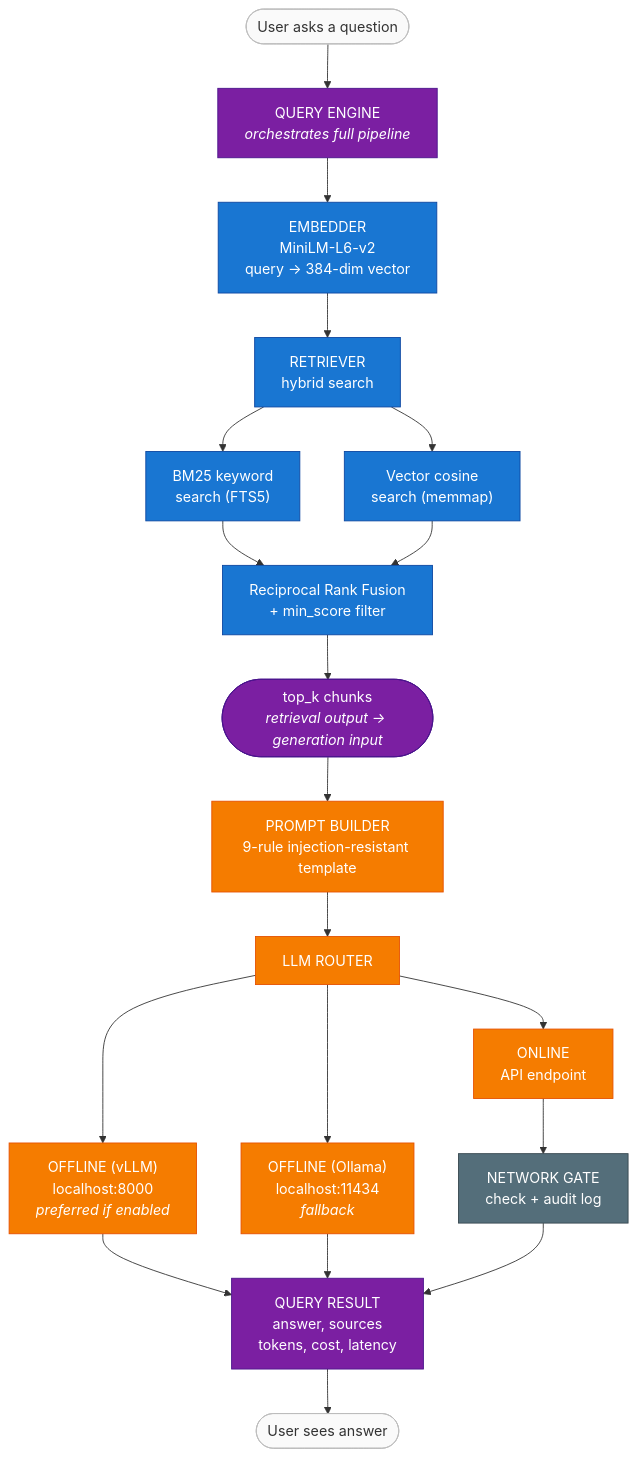
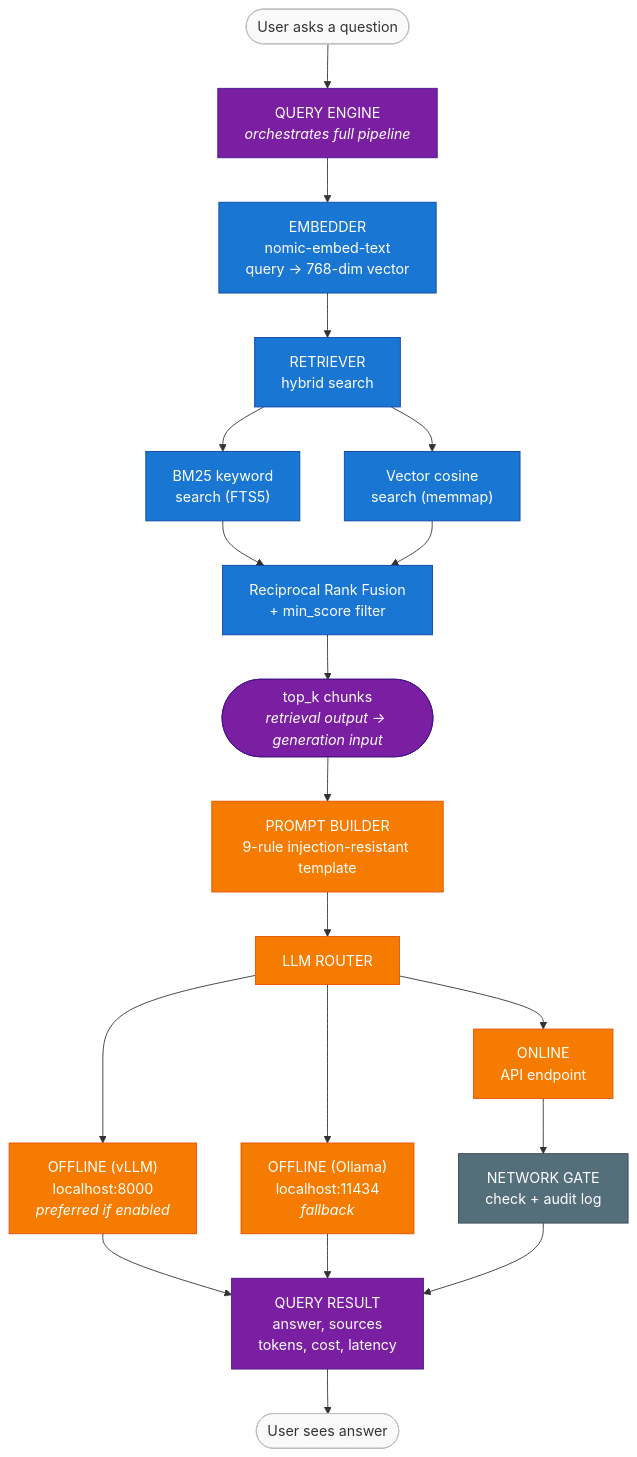
One commit to jeremysmission/HybridRAG3 changed the first of 3 diagrams in docs/02_architecture/ARCHITECTURE_DIAGRAM.md. Above: the diagram before and after it, drawn with Mermaid. The commit also changed other lines of this file and 2 other files, not shown here.

````diff
--- a/docs/02_architecture/ARCHITECTURE_DIAGRAM.md
+++ b/docs/02_architecture/ARCHITECTURE_DIAGRAM.md
@@ -65,43 +65,43 @@
 ```mermaid
 flowchart TD
     Q(["User asks a question"]):::user
 
     Q --> QE["QUERY ENGINE<br/><i>orchestrates full pipeline</i>"]:::handoff
 
     %% ── Retrieval phase (blue) ──────────────────────
-    QE --> EMB["EMBEDDER<br/>MiniLM-L6-v2<br/>query → 384-dim vector"]:::retrieval
+    QE --> EMB["EMBEDDER<br/>nomic-embed-text<br/>query → 768-dim vector"]:::retrieval
     EMB --> RET["RETRIEVER<br/>hybrid search"]:::retrieval
 
     RET --> BM25["BM25 keyword<br/>search (FTS5)"]:::retrieval
     RET --> VEC["Vector cosine<br/>search (memmap)"]:::retrieval
 
     BM25 --> RRF["Reciprocal Rank Fusion<br/>+ min_score filter"]:::retrieval
     VEC --> RRF
 
     %% ── Handoff: retrieval output → generation input ─
     RRF --> CHUNKS(["top_k chunks<br/><i>retrieval output → generation input</i>"]):::handoff
 
     %% ── Generation phase (orange) ───────────────────
     CHUNKS --> PB["PROMPT BUILDER<br/>9-rule injection-resistant template"]:::generation
     PB --> LLM["LLM ROUTER"]:::generation
 
     LLM --> VLLM["OFFLINE (vLLM)<br/>localhost:8000<br/><i>preferred if enabled</i>"]:::generation
     LLM --> OFF["OFFLINE (Ollama)<br/>localhost:11434<br/><i>fallback</i>"]:::generation
     LLM --> ON["ONLINE<br/>API endpoint"]:::generation
 
     ON --> GATE["NETWORK GATE<br/>check + audit log"]:::infra
 
     VLLM --> RESULT
     OFF --> RESULT
     GATE --> RESULT
 
     RESULT["QUERY RESULT<br/>answer, sources<br/>tokens, cost, latency"]:::handoff
     RESULT --> USER(["User sees answer"]):::user
 
     %% ── Styles ──────────────────────────────────────
     classDef retrieval fill:#1976D2,stroke:#0D47A1,color:#fff
     classDef generation fill:#F57C00,stroke:#E65100,color:#fff
     classDef handoff fill:#7B1FA2,stroke:#4A148C,color:#fff
     classDef infra fill:#546E7A,stroke:#37474F,color:#fff
     classDef user fill:#FAFAFA,stroke:#BDBDBD,color:#333
 ```
````
